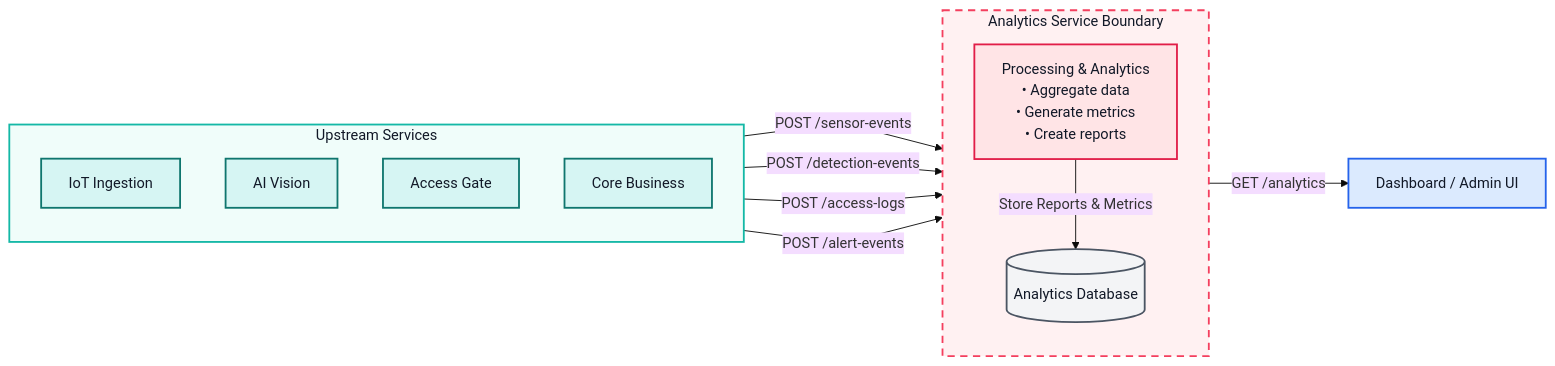
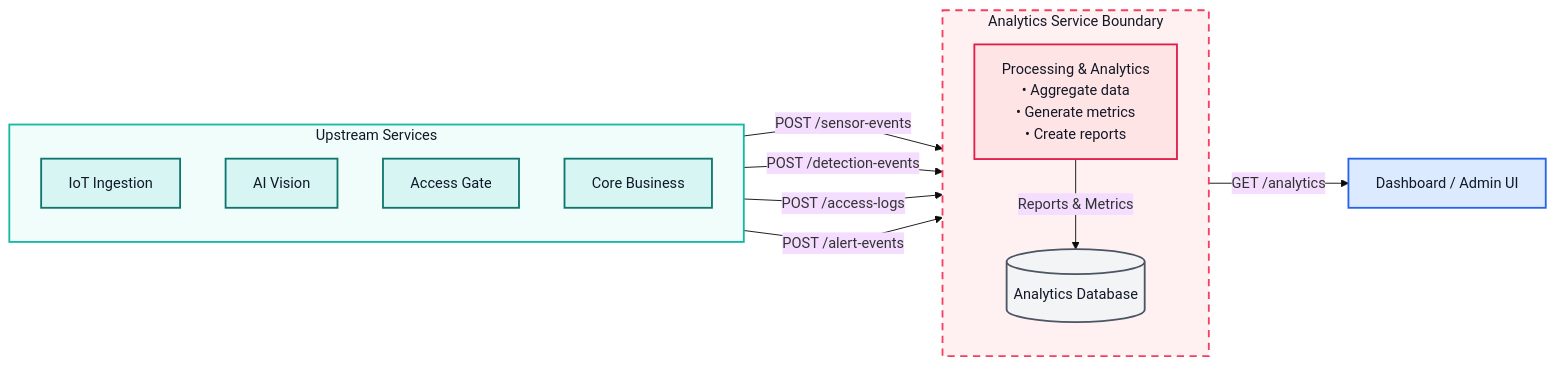
Before and after one commit to FIT-17-13/lab1-setup-TheHonnn: the diagram in evidence/buoi-01/service-boundary.md, drawn with Mermaid (base theme).

````diff
--- a/evidence/buoi-01/service-boundary.md
+++ b/evidence/buoi-01/service-boundary.md
@@ -86,48 +86,48 @@
 ```mermaid
 
 flowchart LR
 linkStyle default interpolate linear
 
 
 subgraph Upstream ["Upstream Services"]
     direction TB
 
     A["IoT Ingestion"]
     B["AI Vision"]
     C["Access Gate"]
     D["Core Business"]
 
 end
 
 subgraph Analytics ["Analytics Service Boundary"]
     direction TB
 
     E["Processing & Analytics<br/>• Aggregate data<br/>• Generate metrics<br/>• Create reports"]
 
     F[(Analytics Database)]
 
-    E -->|"Store Reports & Metrics"| F
+    E -->|"Reports & Metrics"| F
 
 end
 
 G["Dashboard / Admin UI"]
 
 A -->|"POST /sensor-events"| E
 B -->|"POST /detection-events"| E
 C -->|"POST /access-logs"| E
 D -->|"POST /alert-events"| E
 
 E -->|"GET /analytics"| G
 classDef upstream fill:#D6F5F3,stroke:#0F766E,stroke-width:2px,color:#111827;
 classDef analytics fill:#FFE4E6,stroke:#E11D48,stroke-width:2px,color:#111827;
 classDef database fill:#F3F4F6,stroke:#4B5563,stroke-width:2px,color:#111827;
 classDef dashboard fill:#DBEAFE,stroke:#2563EB,stroke-width:2px,color:#111827;
 
 class A,B,C,D upstream;
 class E analytics;
 class F database;
 class G dashboard;
 
 style Upstream fill:#F0FDFA,stroke:#14B8A6,stroke-width:2px,color:#111827;
 style Analytics fill:#FFF1F2,stroke:#F43F5E,stroke-width:2px,stroke-dasharray: 8 6,color:#111827;
 ```
````
